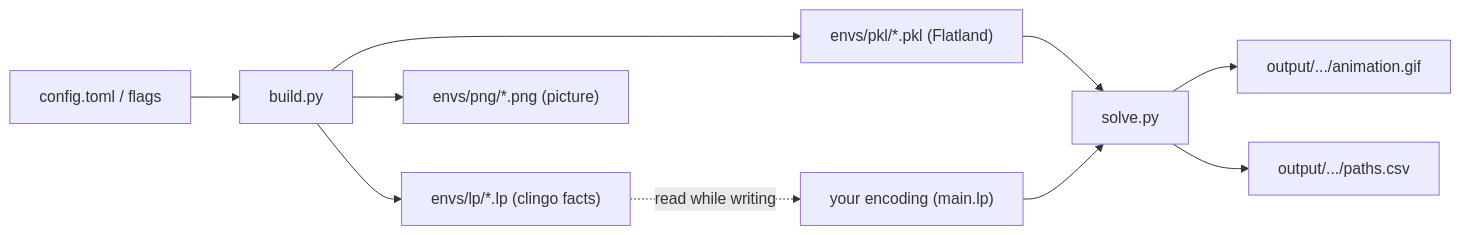
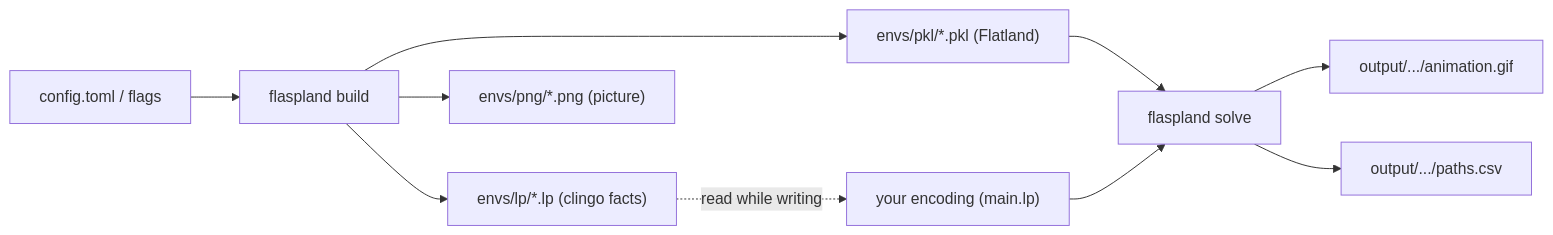
One commit to potassco/flaspland-toolkit changed the diagram in docs/index.md. Above: the diagram before and after it, drawn with Mermaid. The commit also changed other lines of this file and 35 other files, not shown here.

````diff
--- a/docs/index.md
+++ b/docs/index.md
@@ -25,12 +25,12 @@
 ```mermaid
 flowchart LR
-    cfg["config.toml / flags"] --> build["build.py"]
+    cfg["config.toml / flags"] --> build["flaspland build"]
     build --> lp["envs/lp/*.lp (clingo facts)"]
     build --> pkl["envs/pkl/*.pkl (Flatland)"]
     build --> png["envs/png/*.png (picture)"]
     lp -. "read while writing" .-> enc["your encoding (main.lp)"]
-    pkl --> solve["solve.py"]
+    pkl --> solve["flaspland solve"]
     enc --> solve
     solve --> gif["output/.../animation.gif"]
     solve --> csv["output/.../paths.csv"]
 ```
````
